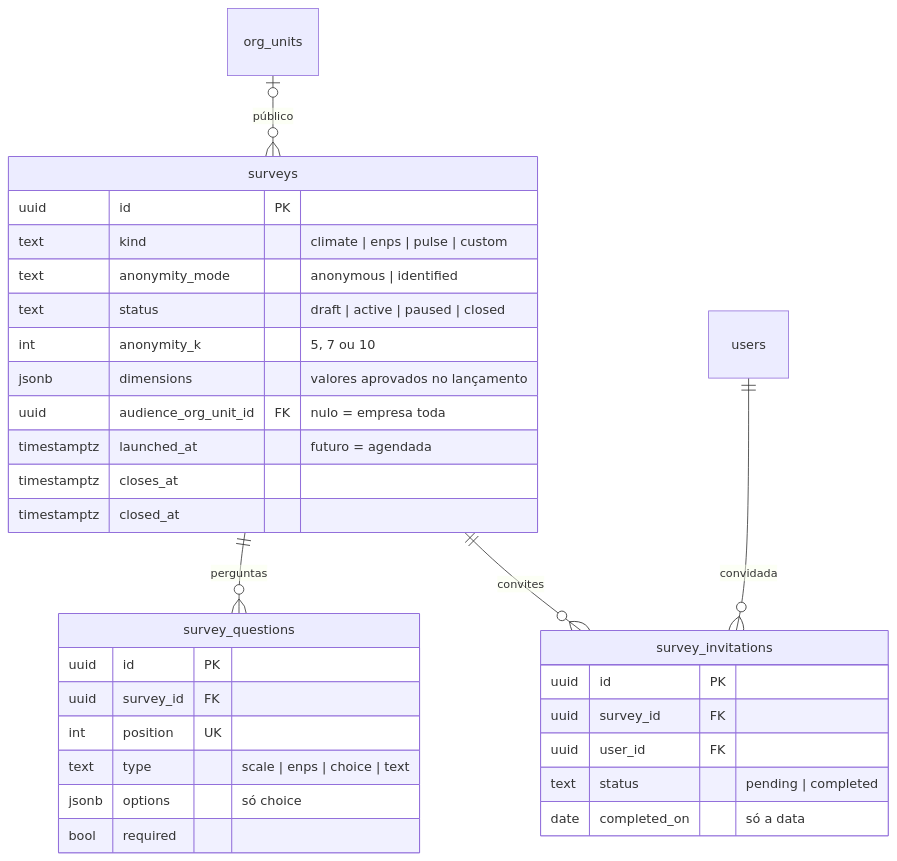
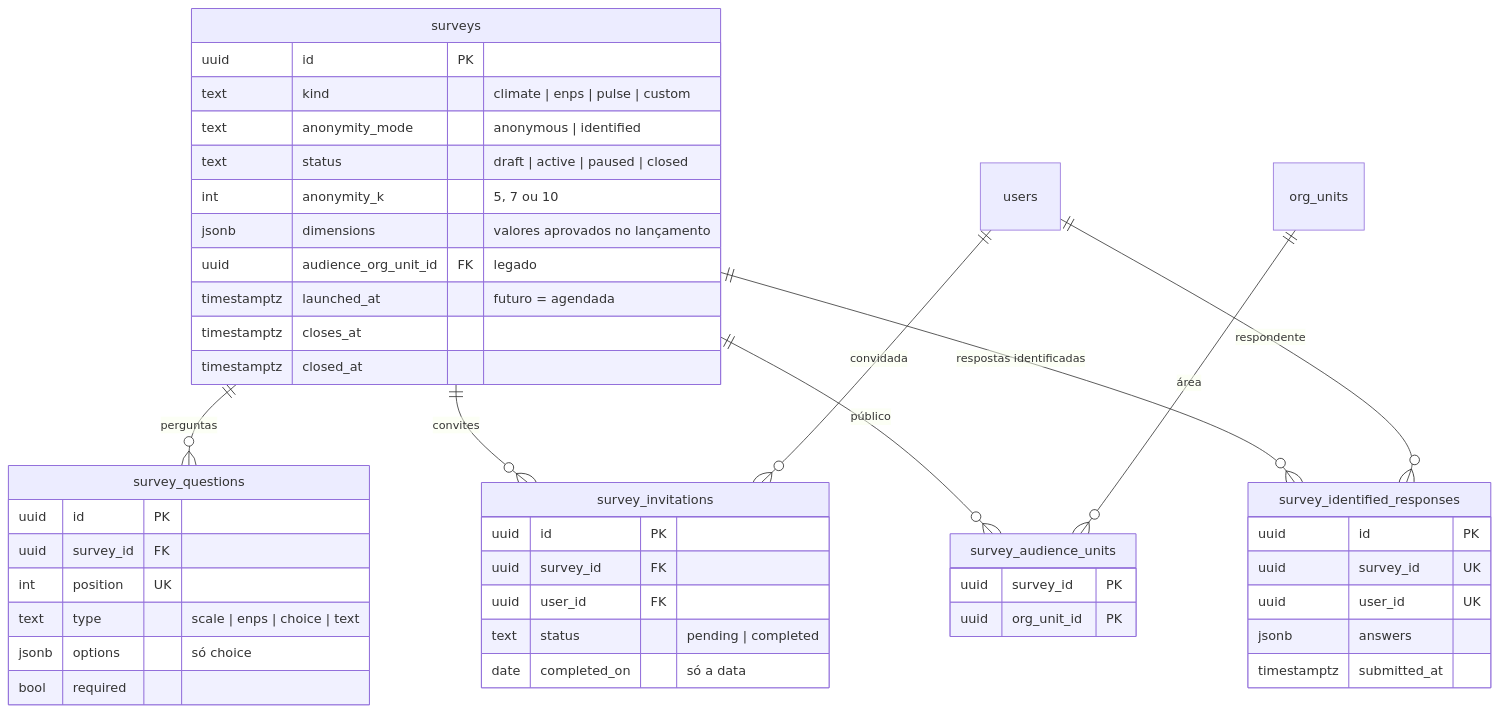
One commit to nandopandp-cloud/luumu-people changed diagram 13 of 14 in docs/data-model.md. Above: the diagram before and after it, drawn with Mermaid. The commit also changed other lines of this file and 38 other files, not shown here.

````diff
--- a/docs/data-model.md
+++ b/docs/data-model.md
@@ -723,35 +724,49 @@
 ```mermaid
 erDiagram
   surveys ||--o{ survey_questions : "perguntas"
   surveys ||--o{ survey_invitations : "convites"
   users ||--o{ survey_invitations : "convidada"
-  org_units |o--o{ surveys : "público"
+  surveys ||--o{ survey_audience_units : "público"
+  org_units ||--o{ survey_audience_units : "área"
+  surveys ||--o{ survey_identified_responses : "respostas identificadas"
+  users ||--o{ survey_identified_responses : "respondente"
 
   surveys {
     uuid id PK
     text kind "climate | enps | pulse | custom"
     text anonymity_mode "anonymous | identified"
     text status "draft | active | paused | closed"
     int anonymity_k "5, 7 ou 10"
     jsonb dimensions "valores aprovados no lançamento"
-    uuid audience_org_unit_id FK "nulo = empresa toda"
+    uuid audience_org_unit_id FK "legado"
     timestamptz launched_at "futuro = agendada"
     timestamptz closes_at
     timestamptz closed_at
   }
   survey_questions {
     uuid id PK
     uuid survey_id FK
     int position UK
     text type "scale | enps | choice | text"
     jsonb options "só choice"
     bool required
   }
+  survey_audience_units {
+    uuid survey_id PK
+    uuid org_unit_id PK
+  }
+  survey_identified_responses {
+    uuid id PK
+    uuid survey_id UK
+    uuid user_id UK
+    jsonb answers
+    timestamptz submitted_at
+  }
   survey_invitations {
     uuid id PK
     uuid survey_id FK
     uuid user_id FK
     text status "pending | completed"
     date completed_on "só a data"
   }
 ```
````
